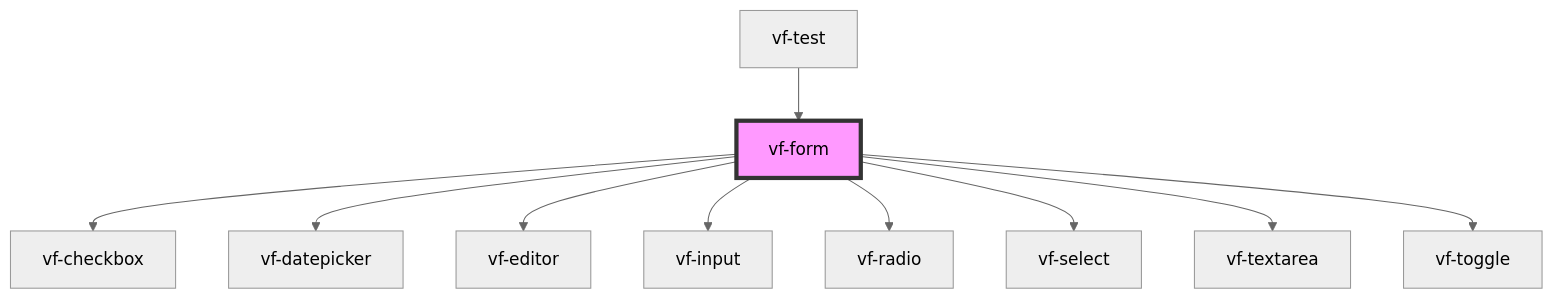
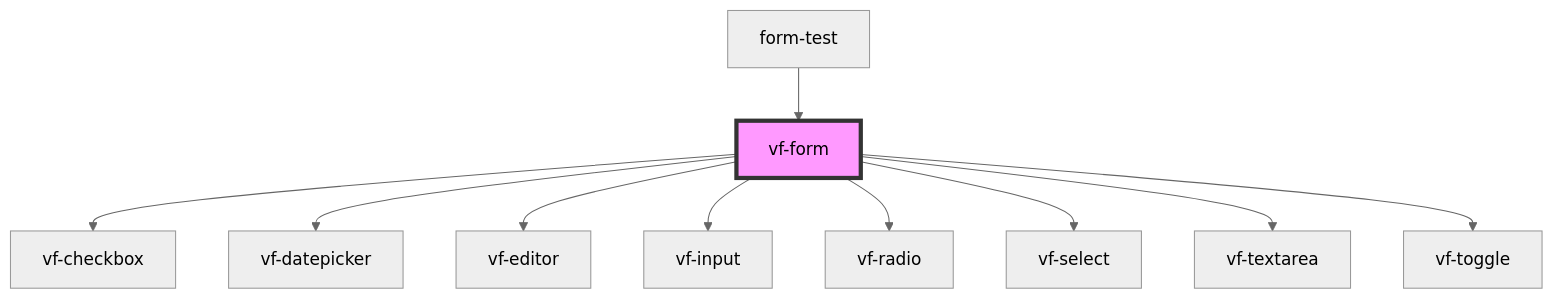
One commit to ols87/formable changed the diagram in src/components/form/readme.md. Above: the diagram before and after it, drawn with Mermaid (neutral theme). The commit also changed other lines of this file and 28 other files, not shown here.

````diff
--- a/src/components/form/readme.md
+++ b/src/components/form/readme.md
@@ -42,13 +40,13 @@
 ```mermaid
 graph TD;
   vf-form --> vf-checkbox
   vf-form --> vf-datepicker
   vf-form --> vf-editor
   vf-form --> vf-input
   vf-form --> vf-radio
   vf-form --> vf-select
   vf-form --> vf-textarea
   vf-form --> vf-toggle
-  vf-test --> vf-form
+  form-test --> vf-form
   style vf-form fill:#f9f,stroke:#333,stroke-width:4px
 ```
````
